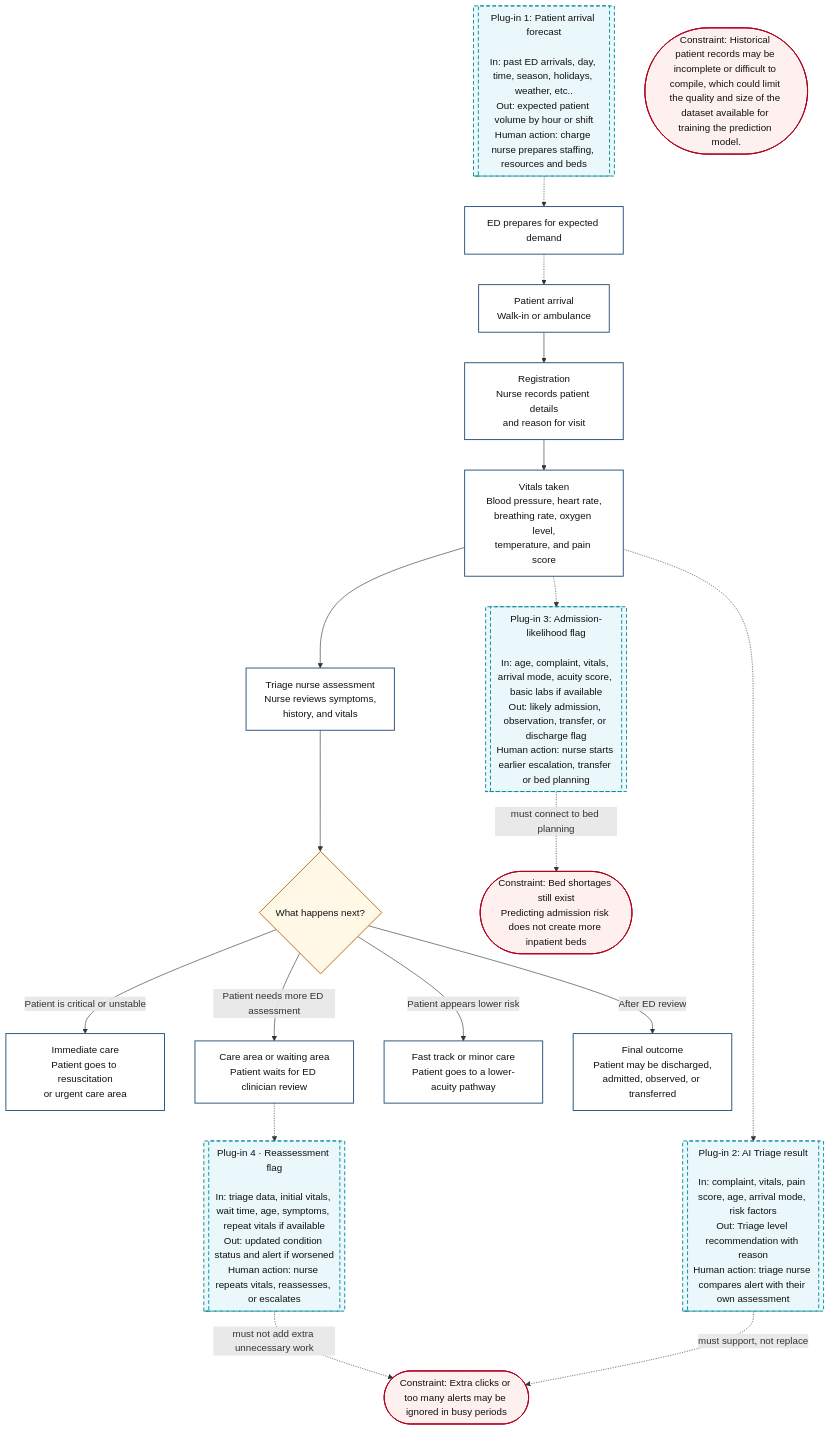
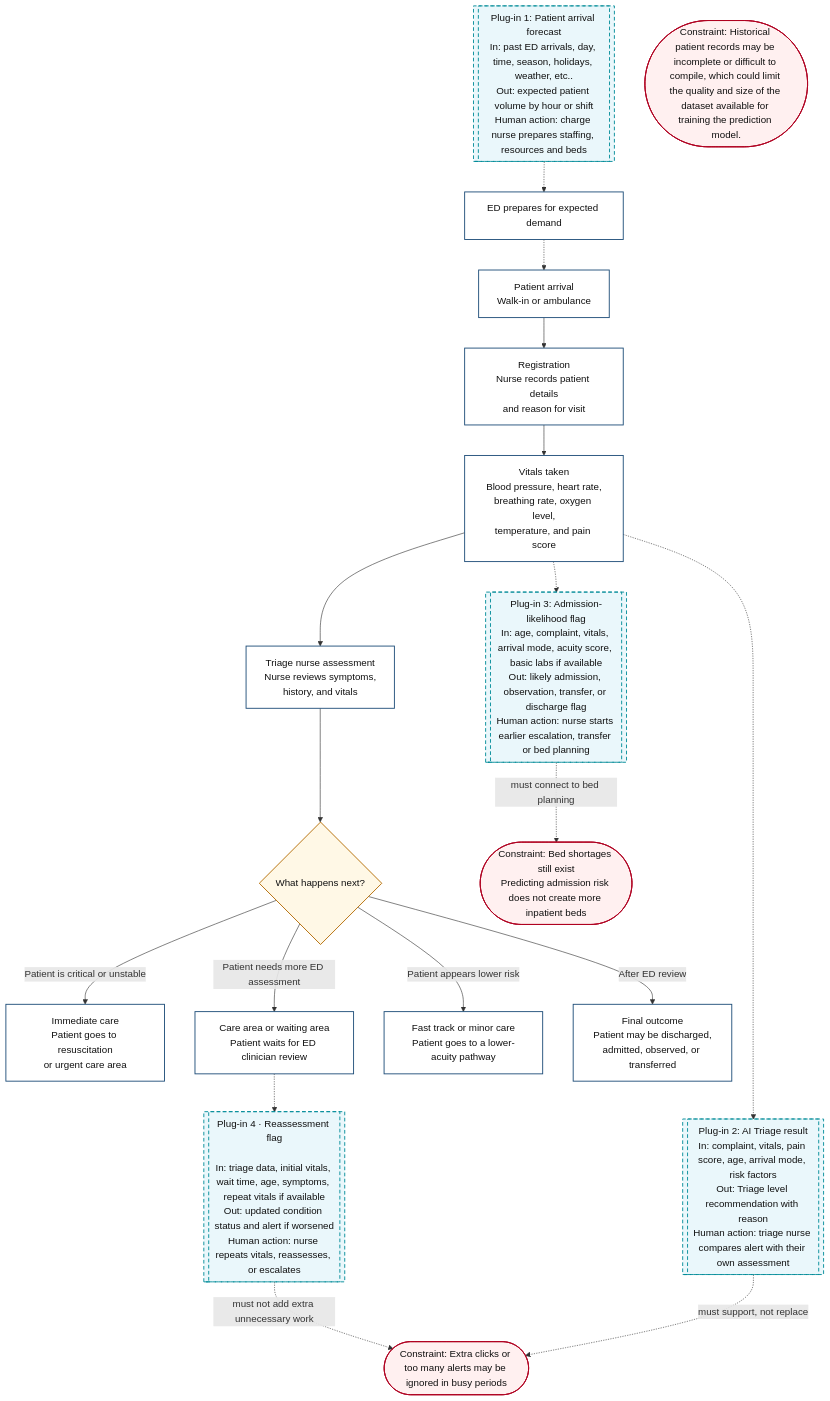
One commit to tinadams/carisurg-portfolio changed the diagram in docs/week_3_workflow.md. Above: the diagram before and after it, drawn with Mermaid.

Commit message:
Fix formatting issues in week 3 workflow document

````diff
--- a/docs/week_3_workflow.md
+++ b/docs/week_3_workflow.md
@@ -1,55 +1,55 @@
 ```mermaid
 flowchart TD
 
 A[Patient arrival<br/>Walk-in or ambulance] --> B[Registration<br/>Nurse records patient details<br/>and reason for visit]
 
 B --> C[Vitals taken<br/>Blood pressure, heart rate,<br/>breathing rate, oxygen level,<br/>temperature, and pain score]
 
 C --> D[Triage nurse assessment<br/>Nurse reviews symptoms,<br/>history, and vitals]
 
 D --> E{What happens next?}
 
 E -->|Patient is critical or unstable| F[Immediate care<br/>Patient goes to resuscitation<br/>or urgent care area]
 
 E -->|Patient needs more ED assessment| G[Care area or waiting area<br/>Patient waits for ED clinician review]
 
 E -->|Patient appears lower risk| H[Fast track or minor care<br/>Patient goes to a lower-acuity pathway]
 
 E -->|After ED review| I[Final outcome<br/>Patient may be discharged,<br/>admitted, observed, or transferred]
 
-AI1[[Plug-in 1: Patient arrival forecast<br/><br/>In: past ED arrivals, day, time, season, holidays, weather, etc..<br/>Out: expected patient volume by hour or shift<br/>Human action: charge nurse prepares staffing, resources and beds]]
+AI1[[Plug-in 1: Patient arrival forecast<br/>In: past ED arrivals, day, time, season, holidays, weather, etc..<br/>Out: expected patient volume by hour or shift<br/>Human action: charge nurse prepares staffing, resources and beds]]
 
-AI2[[Plug-in 2: AI Triage result<br/><br/>In: complaint, vitals, pain score, age, arrival mode, risk factors<br/>Out: Triage level recommendation with reason<br/>Human action: triage nurse compares alert with their own assessment]]
+AI2[[Plug-in 2: AI Triage result<br/>In: complaint, vitals, pain score, age, arrival mode, risk factors<br/>Out: Triage level recommendation with reason<br/>Human action: triage nurse compares alert with their own assessment]]
 
-AI3[[Plug-in 3: Admission-likelihood flag<br/><br/>In: age, complaint, vitals, arrival mode, acuity score, basic labs if available<br/>Out: likely admission, observation, transfer, or discharge flag<br/>Human action: nurse starts earlier escalation, transfer or bed planning]]
+AI3[[Plug-in 3: Admission-likelihood flag<br/>In: age, complaint, vitals, arrival mode, acuity score, basic labs if available<br/>Out: likely admission, observation, transfer, or discharge flag<br/>Human action: nurse starts earlier escalation, transfer or bed planning]]
 
 AI4[[Plug-in 4 · Reassessment flag<br/><br/>In: triage data, initial vitals, wait time, age, symptoms, repeat vitals if available<br/>Out: updated condition status and alert if worsened<br/>Human action: nurse repeats vitals, reassesses, or escalates]]
 
 PRE[ED prepares for expected demand]
 
 AI1 -.-> PRE
 PRE -.-> A
 C -.-> AI3
 C -.-> AI2
 G -.-> AI4
 
 C1([Constraint: Historical patient records may be incomplete or difficult to compile, which could limit the quality and size of the dataset available for training the prediction model.])
 
 C2([Constraint: Extra clicks or too many alerts may be ignored in busy periods])
 
 C3([Constraint: Bed shortages still exist<br/>Predicting admission risk does not create more inpatient beds])
 
 AI2 -. must support, not replace .-> C2
 AI3 -. must connect to bed planning .-> C3
 AI4 -. must not add extra unnecessary work.-> C2
 
 classDef process fill:#ffffff,stroke:#1f4e79,stroke-width:1.5px,color:#111;
 classDef decision fill:#fff8e6,stroke:#b36b00,stroke-width:1.5px,color:#111;
 classDef ai fill:#eaf7fb,stroke:#008c99,stroke-width:1.5px,stroke-dasharray: 6 4,color:#111;
 classDef constraint fill:#fff0f0,stroke:#b00020,stroke-width:1.5px,color:#111;
 
 class A,B,C,D,F,G,H,I,PRE process;
 class E decision;
 class AI1,AI2,AI3,AI4 ai;
 class C1,C2,C3 constraint;
 ```
````
